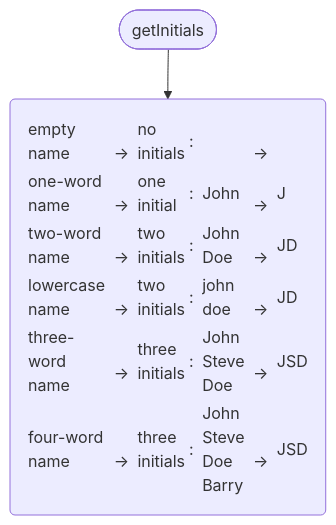
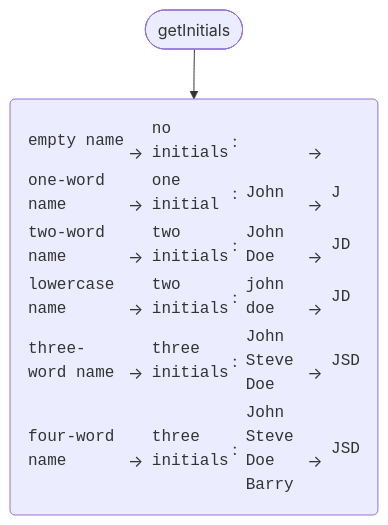
One commit to arnaudrenaud/speccharts changed the diagram in example-specs/tables/utils.spec.ts.mmd. Above: the diagram before and after it, drawn with Mermaid. The commit also changed 8 other files, not shown here.

Commit message:
Render interpolated table cells with monospace font

```diff
--- a/example-specs/tables/utils.spec.ts.mmd
+++ b/example-specs/tables/utils.spec.ts.mmd
@@ -1,6 +1,6 @@
 flowchart TD
 N0(["getInitials"])
-N1("<table style='text-align: left;'><tr><td>empty name</td><td> → </td><td>no initials</td><td>: </td><td></td><td> → </td><td></td></tr><tr><td>one-word name</td><td> → </td><td>one initial</td><td>: </td><td>John</td><td> → </td><td>J</td></tr><tr><td>two-word name</td><td> → </td><td>two initials</td><td>: </td><td>John Doe</td><td> → </td><td>JD</td></tr><tr><td>lowercase name</td><td> → </td><td>two initials</td><td>: </td><td>john doe</td><td> → </td><td>JD</td></tr><tr><td>three-word name</td><td> → </td><td>three initials</td><td>: </td><td>John Steve Doe</td><td> → </td><td>JSD</td></tr><tr><td>four-word name</td><td> → </td><td>three initials</td><td>: </td><td>John Steve Doe Barry</td><td> → </td><td>JSD</td></tr></table>")
+N1("<table style='text-align: left;'><tr><td style='font-family: monospace'>empty name</td><td> → </td><td style='font-family: monospace'>no initials</td><td>: </td><td style='font-family: monospace'></td><td> → </td><td style='font-family: monospace'></td></tr><tr><td style='font-family: monospace'>one-word name</td><td> → </td><td style='font-family: monospace'>one initial</td><td>: </td><td style='font-family: monospace'>John</td><td> → </td><td style='font-family: monospace'>J</td></tr><tr><td style='font-family: monospace'>two-word name</td><td> → </td><td style='font-family: monospace'>two initials</td><td>: </td><td style='font-family: monospace'>John Doe</td><td> → </td><td style='font-family: monospace'>JD</td></tr><tr><td style='font-family: monospace'>lowercase name</td><td> → </td><td style='font-family: monospace'>two initials</td><td>: </td><td style='font-family: monospace'>john doe</td><td> → </td><td style='font-family: monospace'>JD</td></tr><tr><td style='font-family: monospace'>three-word name</td><td> → </td><td style='font-family: monospace'>three initials</td><td>: </td><td style='font-family: monospace'>John Steve Doe</td><td> → </td><td style='font-family: monospace'>JSD</td></tr><tr><td style='font-family: monospace'>four-word name</td><td> → </td><td style='font-family: monospace'>three initials</td><td>: </td><td style='font-family: monospace'>John Steve Doe Barry</td><td> → </td><td style='font-family: monospace'>JSD</td></tr></table>")
 N0 --> N1
 
 %% ✴ Generated by speccharts v0.4.5 ✴ https://github.com/arnaudrenaud/speccharts
```
